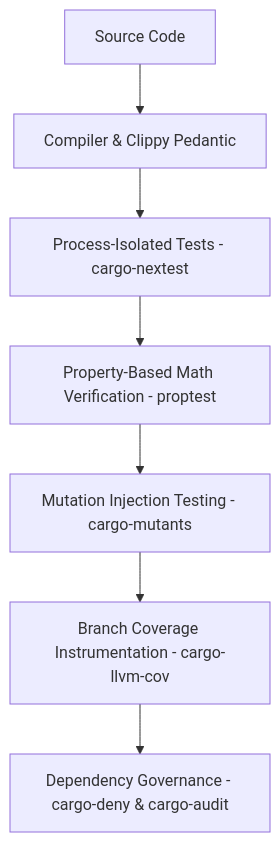
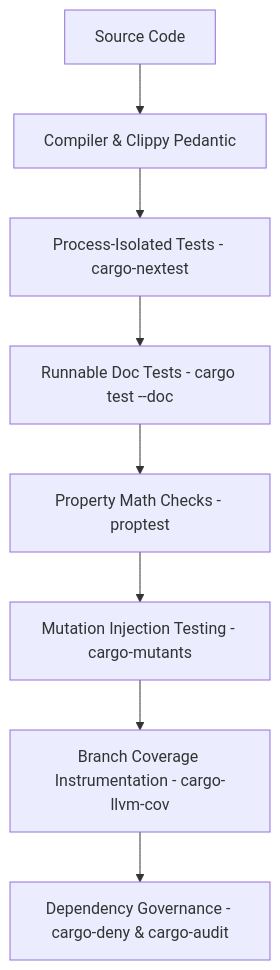
Before and after one commit to mike10010100/rust-test: the diagram in README.md, drawn with Mermaid. The commit also changed other lines of this file and 12 other files, not shown here.

````diff
--- a/README.md
+++ b/README.md
@@ -44,9 +47,10 @@
 ```mermaid
 graph TD
     A[Source Code] --> B[Compiler & Clippy Pedantic]
     B --> C[Process-Isolated Tests - cargo-nextest]
-    C --> D[Property-Based Math Verification - proptest]
-    D --> E[Mutation Injection Testing - cargo-mutants]
-    E --> F[Branch Coverage Instrumentation - cargo-llvm-cov]
-    F --> G[Dependency Governance - cargo-deny & cargo-audit]
+    C --> D[Runnable Doc Tests - cargo test --doc]
+    D --> E[Property Math Checks - proptest]
+    E --> F[Mutation Injection Testing - cargo-mutants]
+    F --> G[Branch Coverage Instrumentation - cargo-llvm-cov]
+    G --> H[Dependency Governance - cargo-deny & cargo-audit]
 ```
````
